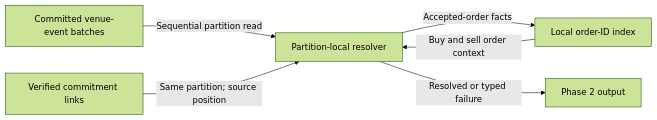
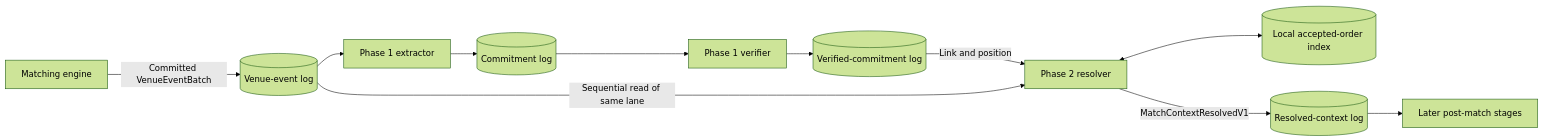
One commit to dills122/reef changed the first of 3 diagrams in docs/work/CALCIFY_PHASE2_DISCOVERY.md. Above: the diagram before and after it, drawn with Mermaid (forest theme). The commit also changed other lines of this file, not shown here.

Commit message:
docs(calcify): consolidate phase 2 design overview

````diff
--- a/docs/work/CALCIFY_PHASE2_DISCOVERY.md
+++ b/docs/work/CALCIFY_PHASE2_DISCOVERY.md
@@ -26,8 +26,13 @@
 ```mermaid
 flowchart LR
-    V[Committed venue-event batches] -->|Sequential partition read| R[Partition-local resolver]
-    C[Verified commitment links] -->|Same partition; source position| R
-    R -->|Accepted-order facts| I[Local order-ID index]
-    I -->|Buy and sell order context| R
-    R -->|Resolved or typed failure| O[Phase 2 output]
+    M[Matching engine] -->|Committed VenueEventBatch| V[(Venue-event log)]
+    V --> E[Phase 1 extractor]
+    E --> C[(Commitment log)]
+    C --> F[Phase 1 verifier]
+    F --> P[(Verified-commitment log)]
+    P -->|Link and position| R[Phase 2 resolver]
+    V -->|Sequential read of same lane| R
+    R <--> I[(Local accepted-order index)]
+    R -->|MatchContextResolvedV1| O[(Resolved-context log)]
+    O --> L[Later post-match stages]
 ```
````
